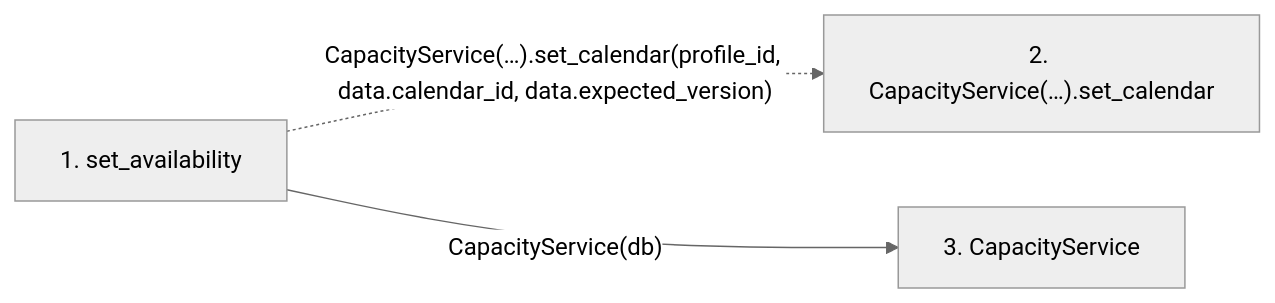
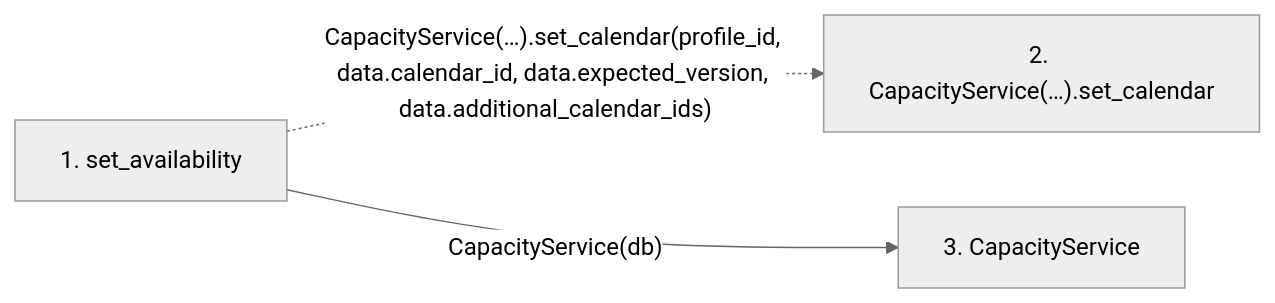
Before and after one commit to Denissvgn/WorkChord: the second of 2 diagrams in docs/llm_wiki/flows/http-set_availability.md, drawn with Mermaid (neutral theme). The commit also changed other lines of this file and 920 other files, not shown here.

````diff
--- a/docs/llm_wiki/flows/http-set_availability.md
+++ b/docs/llm_wiki/flows/http-set_availability.md
@@ -47,10 +47,10 @@
 ```mermaid
 flowchart LR
     s1["1. set_availability"]
     s2["2. CapacityService(…).set_calendar"]
     s3["3. CapacityService"]
-    s1 -. "CapacityService(…).set_calendar(profile_id, data.calendar_id, data.expected_version)" .-> s2
+    s1 -. "CapacityService(…).set_calendar(profile_id, data.calendar_id, data.expected_version, data.additional_calendar_ids)" .-> s2
     s1 -->|"CapacityService(db)"| s3
     click s1 "../modules/routers_capacity.md"
     click s3 "../modules/capacity_service.md"
 ```
````
